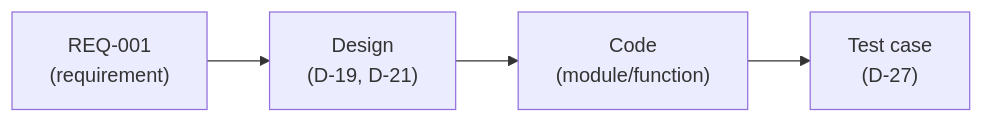
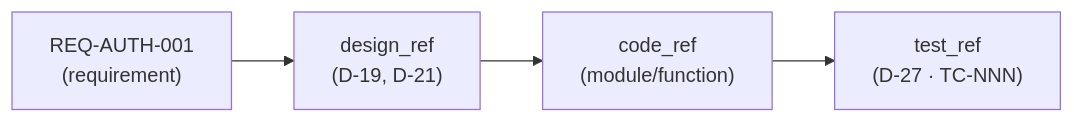
One commit to hanh9898/waterfall-bmad-method changed the fifth of 7 diagrams in docs/en/explanation/concepts.md. Above: the diagram before and after it, drawn with Mermaid. The commit also changed other lines of this file and 29 other files, not shown here.

````diff
--- a/docs/en/explanation/concepts.md
+++ b/docs/en/explanation/concepts.md
@@ -70,6 +170,6 @@
 ```mermaid
 flowchart LR
-    REQ["REQ-001<br/>(requirement)"] --> DES["Design<br/>(D-19, D-21)"]
-    DES --> CODE["Code<br/>(module/function)"]
-    CODE --> TEST["Test case<br/>(D-27)"]
+    REQ["REQ-AUTH-001<br/>(requirement)"] --> DES["design_ref<br/>(D-19, D-21)"]
+    DES --> CODE["code_ref<br/>(module/function)"]
+    CODE --> TEST["test_ref<br/>(D-27 · TC-NNN)"]
 ```
````
